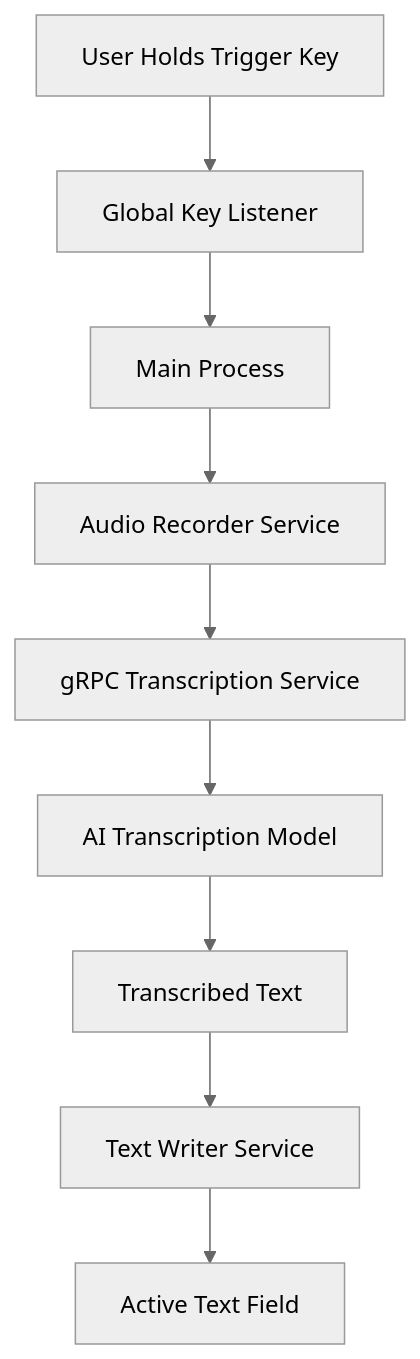
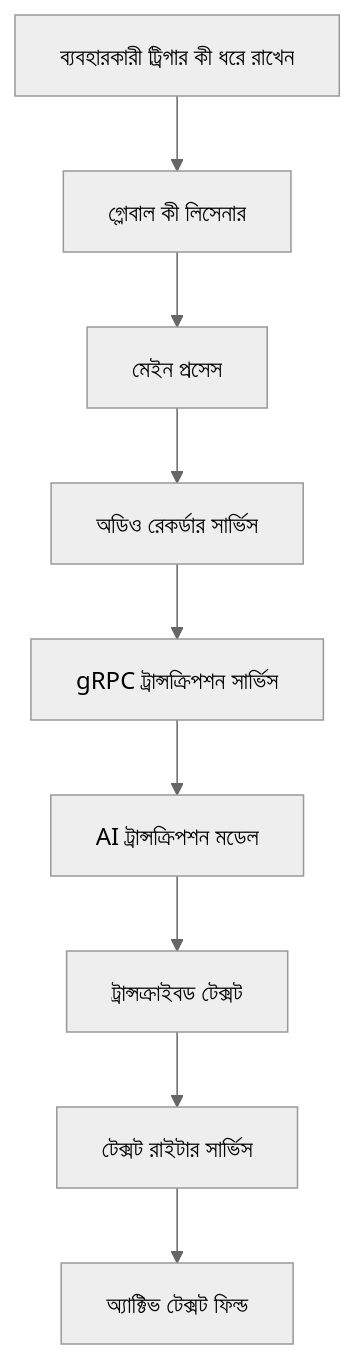
The diagram in README.md (khulnasoft-bot/Kotha), drawn with Mermaid (neutral theme) before and after one commit. The commit also changed other lines of this file, not shown here.

````diff
--- a/README.md
+++ b/README.md
@@ -210,11 +107,11 @@
 ```mermaid
 graph TD
-    A[User Holds Trigger Key] --> B[Global Key Listener]
-    B --> C[Main Process]
-    C --> D[Audio Recorder Service]
-    D --> E[gRPC Transcription Service]
-    E --> F[AI Transcription Model]
-    F --> G[Transcribed Text]
-    G --> H[Text Writer Service]
-    H --> I[Active Text Field]
+    A[ব্যবহারকারী ট্রিগার কী ধরে রাখেন] --> B[গ্লোবাল কী লিসেনার]
+    B --> C[মেইন প্রসেস]
+    C --> D[অডিও রেকর্ডার সার্ভিস]
+    D --> E[gRPC ট্রান্সক্রিপশন সার্ভিস]
+    E --> F[AI ট্রান্সক্রিপশন মডেল]
+    F --> G[ট্রান্সক্রাইবড টেক্সট]
+    G --> H[টেক্সট রাইটার সার্ভিস]
+    H --> I[অ্যাক্টিভ টেক্সট ফিল্ড]
 ```
````
